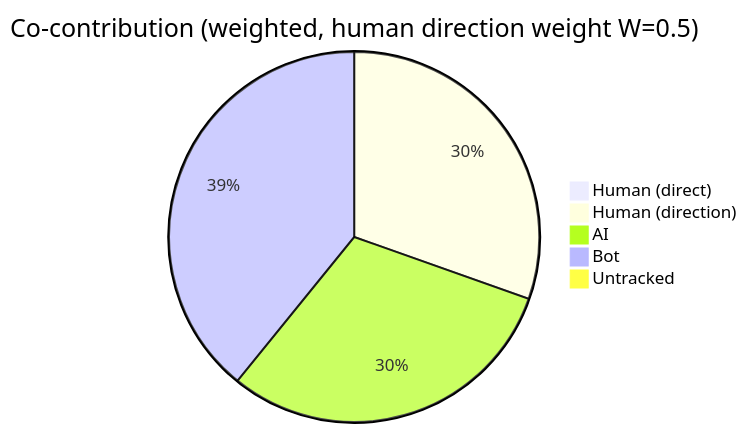
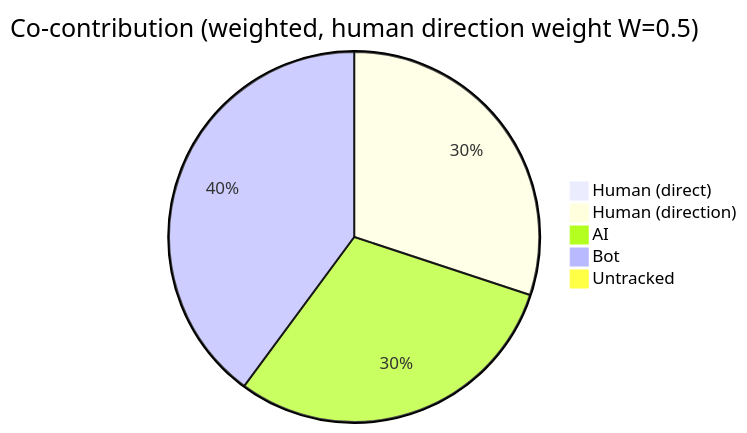
The first of 4 diagrams in AI-AUTHORSHIP.md (CaliMark/ai-authorship), drawn with Mermaid before and after one commit. The commit also changed other lines of this file and 1 other file, not shown here.

````diff
--- a/AI-AUTHORSHIP.md
+++ b/AI-AUTHORSHIP.md
@@ -23,8 +23,8 @@
 ```mermaid
 pie title Co-contribution (weighted, human direction weight W=0.5)
     "Human (direct)" : 0
-    "Human (direction)" : 1460
-    "AI" : 1461
-    "Bot" : 1879
+    "Human (direction)" : 1456
+    "AI" : 1455
+    "Bot" : 1931
     "Untracked" : 0
 ```
````
